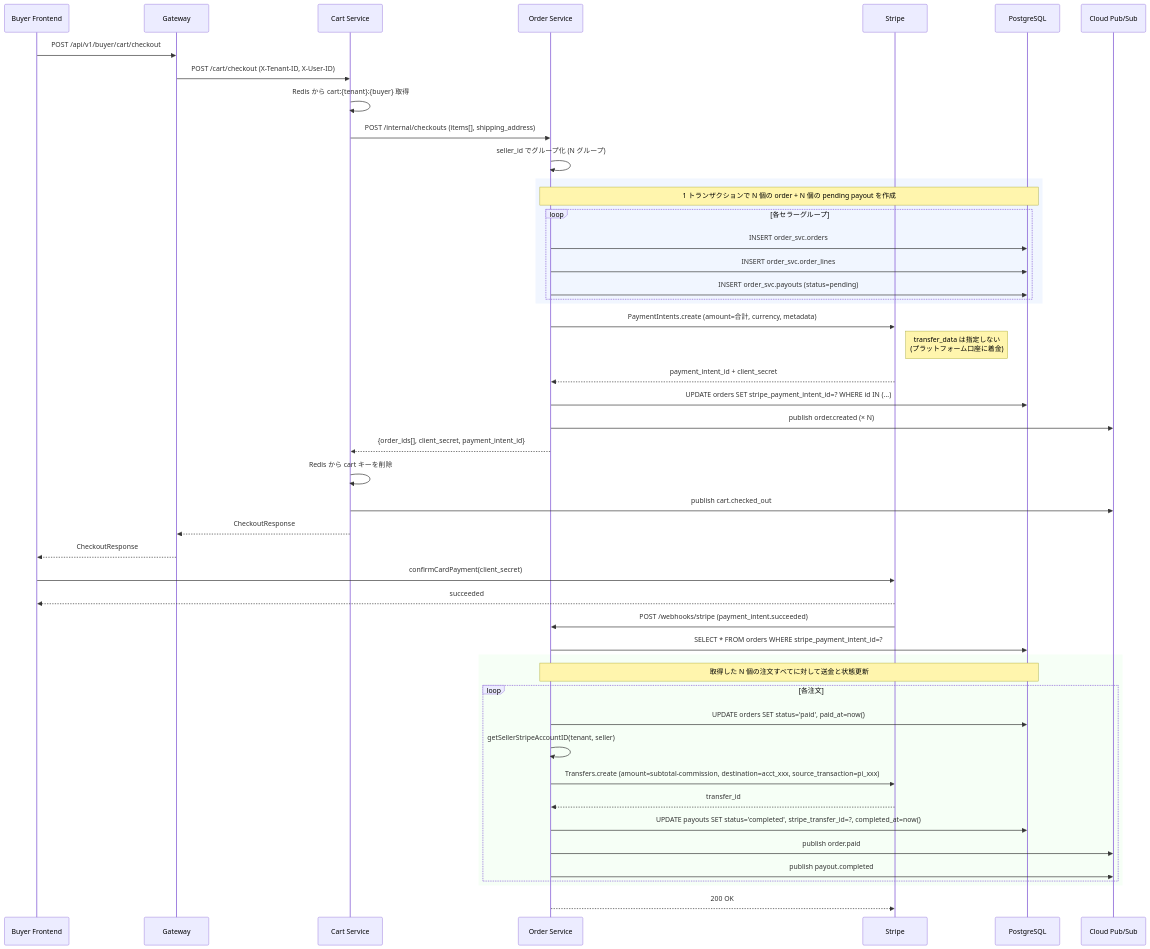
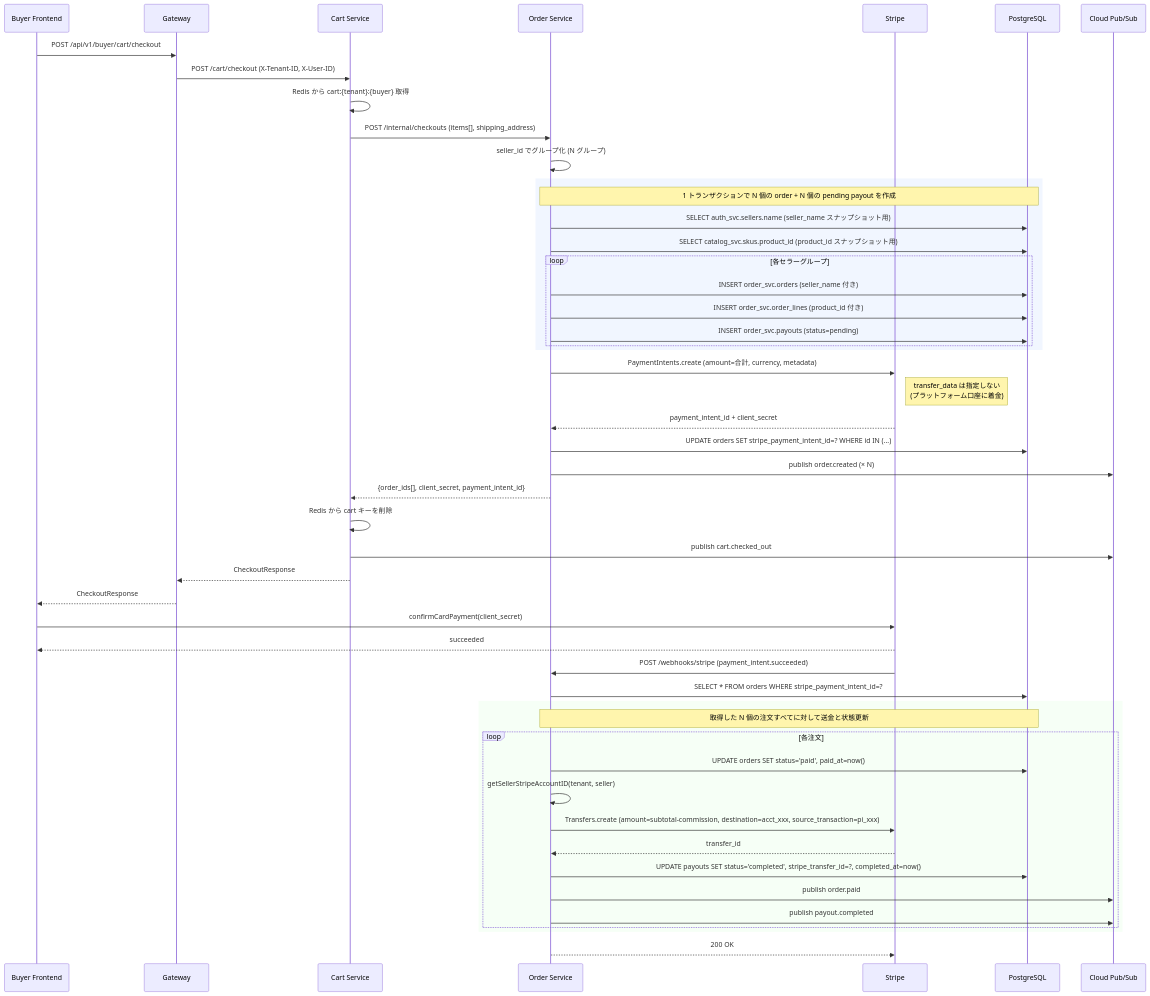
One commit to rick2200-dev/ec-test changed the diagram in docs/payment.md. Above: the diagram before and after it, drawn with Mermaid. The commit also changed 43 other files, not shown here.

First line of the commit message:
feat: add buyer purchase history with catalog-enriched order details (#27)

````diff
--- a/docs/payment.md
+++ b/docs/payment.md
@@ -71,56 +71,58 @@
 ```mermaid
 sequenceDiagram
     participant Buyer as Buyer Frontend
     participant GW as Gateway
     participant Cart as Cart Service
     participant Order as Order Service
     participant Stripe
     participant DB as PostgreSQL
     participant PubSub as Cloud Pub/Sub
 
     Buyer->>GW: POST /api/v1/buyer/cart/checkout
     GW->>Cart: POST /cart/checkout (X-Tenant-ID, X-User-ID)
     Cart->>Cart: Redis から cart:{tenant}:{buyer} 取得
     Cart->>Order: POST /internal/checkouts (items[], shipping_address)
     Order->>Order: seller_id でグループ化 (N グループ)
 
     rect rgba(200, 220, 255, 0.25)
     note over Order,DB: 1 トランザクションで N 個の order + N 個の pending payout を作成
+    Order->>DB: SELECT auth_svc.sellers.name (seller_name スナップショット用)
+    Order->>DB: SELECT catalog_svc.skus.product_id (product_id スナップショット用)
     loop 各セラーグループ
-      Order->>DB: INSERT order_svc.orders
-      Order->>DB: INSERT order_svc.order_lines
+      Order->>DB: INSERT order_svc.orders (seller_name 付き)
+      Order->>DB: INSERT order_svc.order_lines (product_id 付き)
       Order->>DB: INSERT order_svc.payouts (status=pending)
     end
     end
 
     Order->>Stripe: PaymentIntents.create (amount=合計, currency, metadata)
     Note right of Stripe: transfer_data は指定しない<br/>(プラットフォーム口座に着金)
     Stripe-->>Order: payment_intent_id + client_secret
 
     Order->>DB: UPDATE orders SET stripe_payment_intent_id=? WHERE id IN (...)
     Order->>PubSub: publish order.created (× N)
     Order-->>Cart: {order_ids[], client_secret, payment_intent_id}
     Cart->>Cart: Redis から cart キーを削除
     Cart->>PubSub: publish cart.checked_out
     Cart-->>GW: CheckoutResponse
     GW-->>Buyer: CheckoutResponse
 
     Buyer->>Stripe: confirmCardPayment(client_secret)
     Stripe-->>Buyer: succeeded
 
     Stripe->>Order: POST /webhooks/stripe (payment_intent.succeeded)
     Order->>DB: SELECT * FROM orders WHERE stripe_payment_intent_id=?
     rect rgba(220, 255, 220, 0.25)
     note over Order,DB: 取得した N 個の注文すべてに対して送金と状態更新
     loop 各注文
       Order->>DB: UPDATE orders SET status='paid', paid_at=now()
       Order->>Order: getSellerStripeAccountID(tenant, seller)
       Order->>Stripe: Transfers.create (amount=subtotal-commission, destination=acct_xxx, source_transaction=pi_xxx)
       Stripe-->>Order: transfer_id
       Order->>DB: UPDATE payouts SET status='completed', stripe_transfer_id=?, completed_at=now()
       Order->>PubSub: publish order.paid
       Order->>PubSub: publish payout.completed
     end
     end
     Order-->>Stripe: 200 OK
 ```
````
